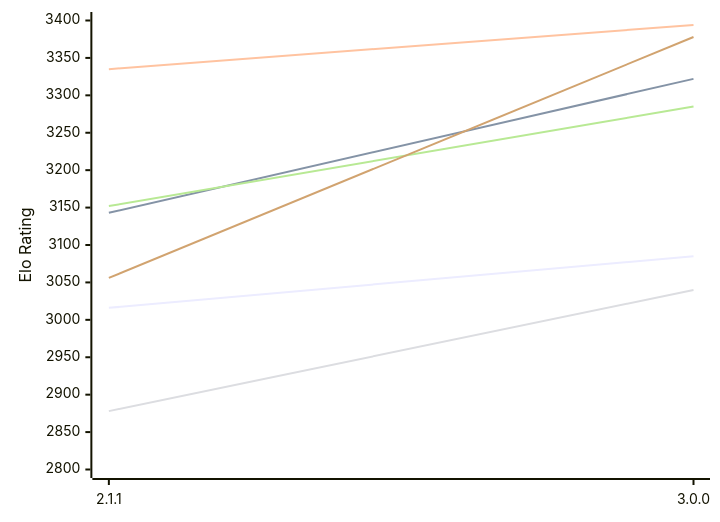
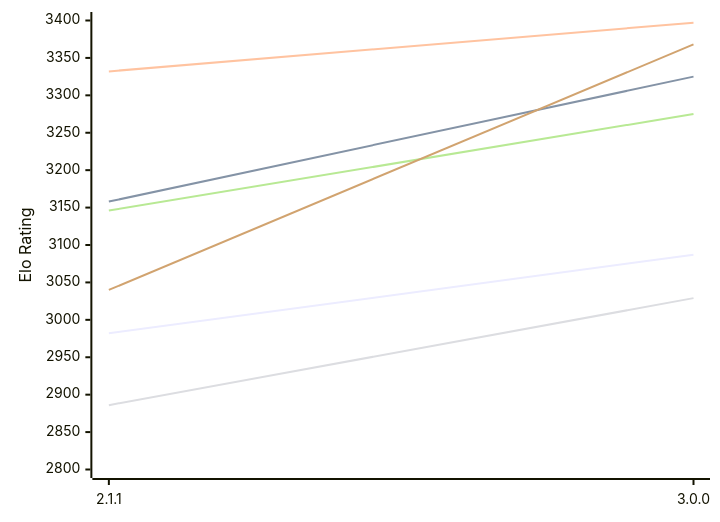
One commit to computer-chess-index/cci changed the first of 2 diagrams in engines/Bread.md. Above: the diagram before and after it, drawn with Mermaid. The commit also changed other lines of this file, not shown here.

Commit message:
Update CCI Ratings (ELO VLTC) - 2026-11-15

````diff
--- a/engines/Bread.md
+++ b/engines/Bread.md
@@ -51,12 +51,12 @@
 ```mermaid
 %%{init: {"theme":"base","themeVariables":{"seriesColors:['#a3a3a3','#222221','#faa371']}}}%%
 xychart-beta
   x-axis ["2.1.1", "3.0.0"]
   y-axis "Elo Rating" 2800 --> 3400
-  line "E1: STC (8.0+0.08s)" [3016, 3085]
-  line "E1: LTC (60.0+0.60s)" [3143, 3322]
-  line "E1: VLTC (2m24s+1.12s)" [3335, 3394]
-  line "P1: STC (8.0+0.08s)" [2878, 3040]
-  line "P1: LTC (60.0+0.60s)" [3152, 3285]
-  line "P1: VLTC (2m24s+1.12s)" [3056, 3378]
+  line "E1: STC (8.0+0.08s)" [2982, 3087]
+  line "E1: LTC (60.0+0.60s)" [3158, 3325]
+  line "E1: VLTC (2m24s+1.12s)" [3332, 3397]
+  line "P1: STC (8.0+0.08s)" [2886, 3029]
+  line "P1: LTC (60.0+0.60s)" [3146, 3275]
+  line "P1: VLTC (2m24s+1.12s)" [3040, 3368]
 ```
````
